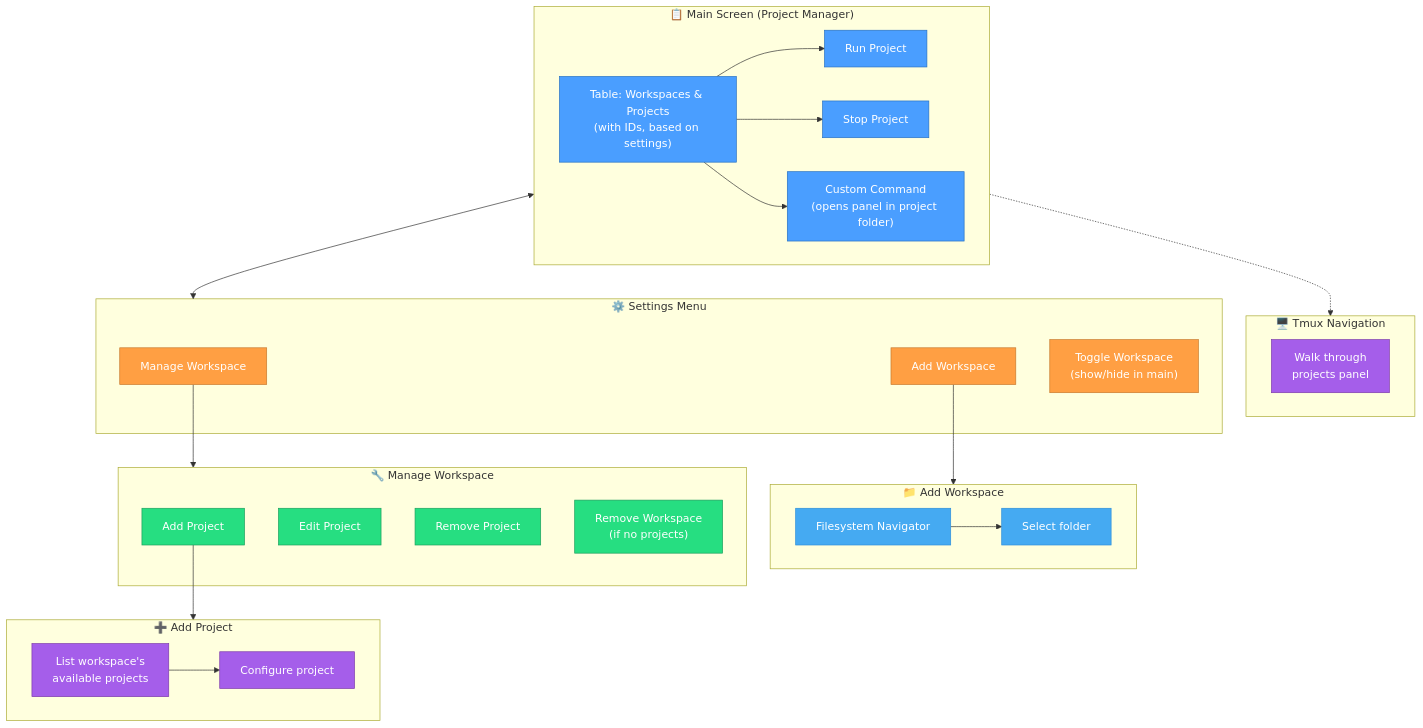
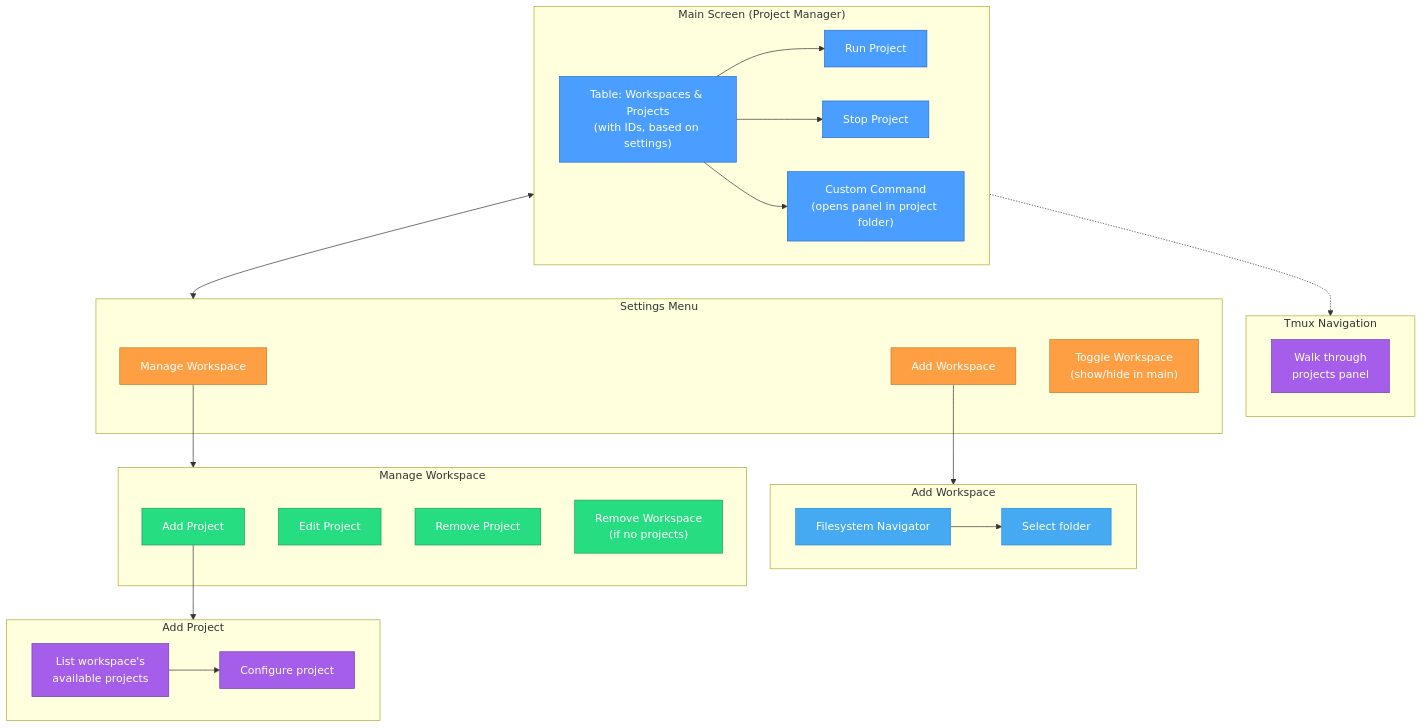
The diagram in README.md (nickojs/omni-cli), drawn with Mermaid before and after one commit.

Commit message:
remove AI slop from mermaid titles

````diff
--- a/README.md
+++ b/README.md
@@ -73,62 +73,62 @@
 ```mermaid
 flowchart TB
-    subgraph MAIN["📋 Main Screen (Project Manager)"]
+    subgraph MAIN["Main Screen (Project Manager)"]
         TABLE["Table: Workspaces & Projects<br/>(with IDs, based on settings)"]
         RUN["Run Project"]
         STOP["Stop Project"]
         CUSTOM["Custom Command<br/>(opens panel in project folder)"]
         TABLE --> RUN
         TABLE --> STOP
         TABLE --> CUSTOM
     end
 
-    subgraph TMUX["🖥️ Tmux Navigation"]
+    subgraph TMUX["Tmux Navigation"]
         WALK["Walk through<br/>projects panel"]
     end
 
-    subgraph SETTINGS["⚙️ Settings Menu"]
+    subgraph SETTINGS["Settings Menu"]
         MW["Manage Workspace"]
         AW["Add Workspace"]
         TW["Toggle Workspace<br/>(show/hide in main)"]
     end
 
-    subgraph ADD_WS_FLOW["📁 Add Workspace"]
+    subgraph ADD_WS_FLOW["Add Workspace"]
         NAV["Filesystem Navigator"]
         SELECT["Select folder"]
         NAV --> SELECT
     end
 
-    subgraph MANAGE_WS["🔧 Manage Workspace"]
+    subgraph MANAGE_WS["Manage Workspace"]
         ADD_PROJ["Add Project"]
         EDIT_PROJ["Edit Project"]
         REMOVE_PROJ["Remove Project"]
         REMOVE_WS["Remove Workspace<br/>(if no projects)"]
     end
 
-    subgraph ADD_PROJ_FLOW["➕ Add Project"]
+    subgraph ADD_PROJ_FLOW["Add Project"]
         LIST_PROJS["List workspace's<br/>available projects"]
         CONFIG_PROJ["Configure project"]
         LIST_PROJS --> CONFIG_PROJ
     end
 
     MAIN <--> SETTINGS
     MAIN -.-> TMUX
     MW --> MANAGE_WS
     AW --> ADD_WS_FLOW
     ADD_PROJ --> ADD_PROJ_FLOW
 
     %% Styling
     classDef mainScreen fill:#4a9eff,stroke:#2670c2,color:#fff
     classDef settings fill:#ff9f43,stroke:#c77a2e,color:#fff
     classDef manage fill:#26de81,stroke:#1b9e5c,color:#fff
     classDef tmux fill:#a55eea,stroke:#7c3aab,color:#fff
     classDef addWsFlow fill:#45aaf2,stroke:#2d8ed9,color:#fff
     classDef addProjFlow fill:#a55eea,stroke:#7c3aab,color:#fff
     
     class TABLE,RUN,STOP,CUSTOM mainScreen
     class MW,AW,TW settings
     class ADD_PROJ,EDIT_PROJ,REMOVE_PROJ,REMOVE_WS manage
     class WALK tmux
     class NAV,SELECT addWsFlow
     class LIST_PROJS,CONFIG_PROJ addProjFlow
 ```
````
